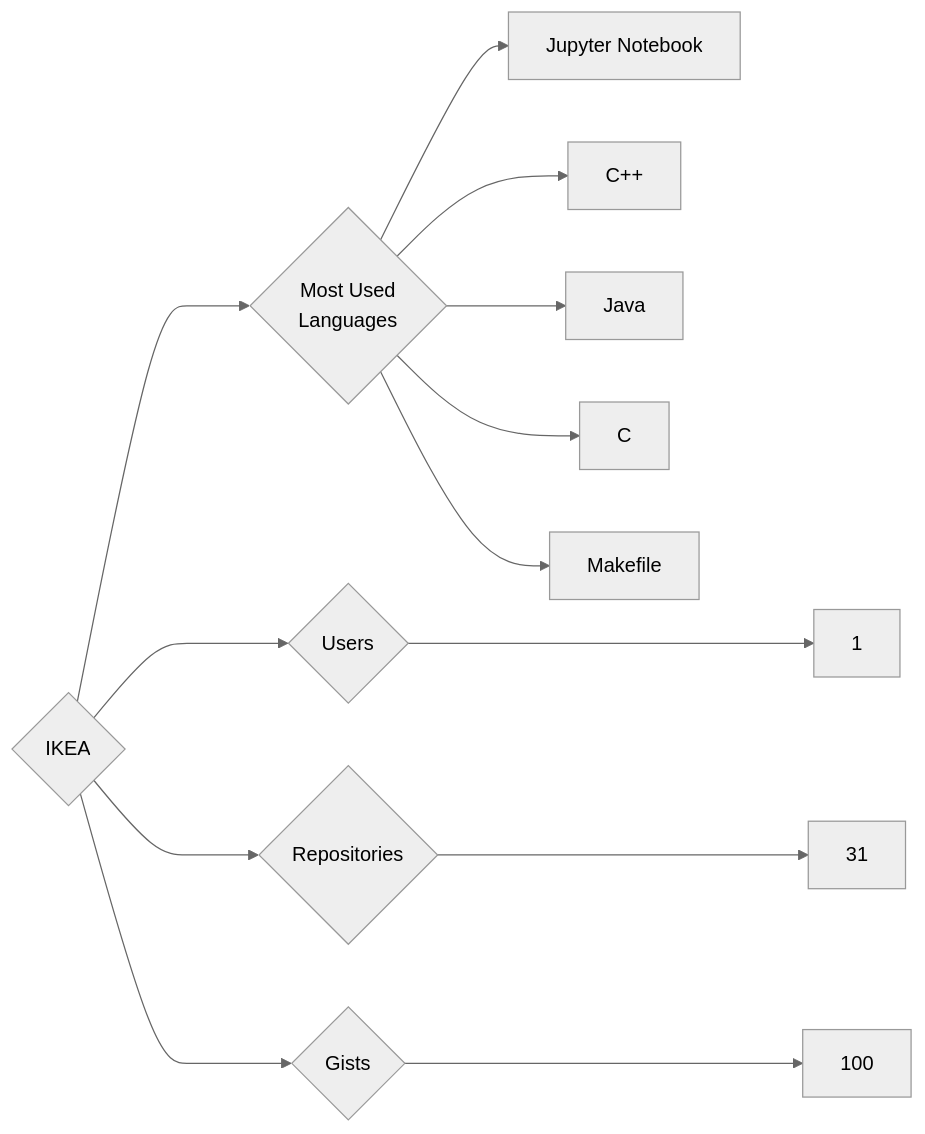
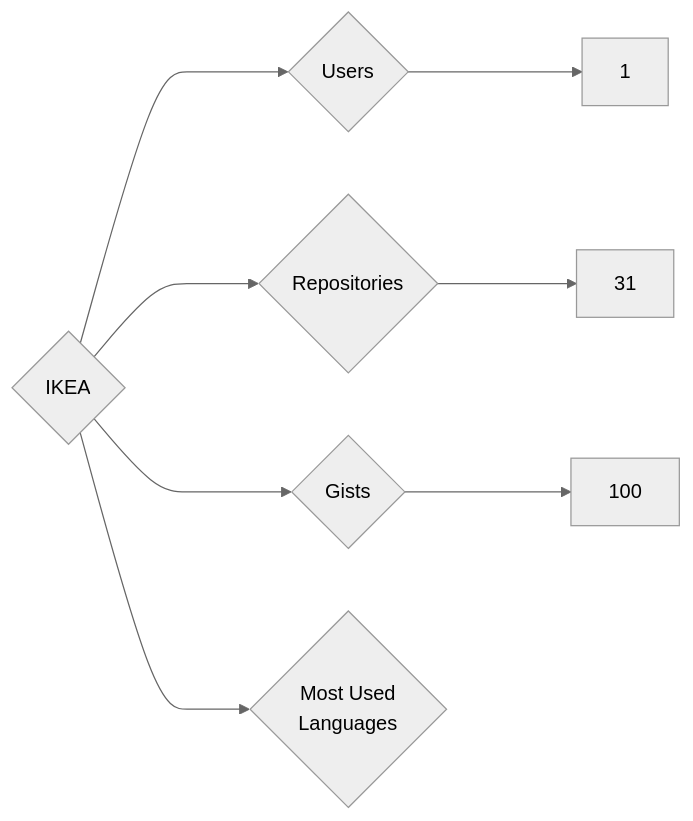
One commit to trickest/insiders changed the diagram in targets/IKEA/README.md. Above: the diagram before and after it, drawn with Mermaid (neutral theme). The commit also changed 1166 other files, not shown here.

````diff
--- a/targets/IKEA/README.md
+++ b/targets/IKEA/README.md
@@ -3,13 +3,8 @@
 ```mermaid
 graph LR
 COMPANY_NAME{IKEA}
 COMPANY_NAME ---> U{Users} ---> UN[1]
 COMPANY_NAME ---> R{Repositories} ---> RN[31]
 COMPANY_NAME ---> G{Gists} ---> GN[100]
 COMPANY_NAME ---> ML{Most Used<br>Languages}
-ML --> Jupyter_Notebook[Jupyter Notebook]
-ML --> C++[C++]
-ML --> Java[Java]
-ML --> C[C]
-ML --> Makefile[Makefile]
 ```
````
